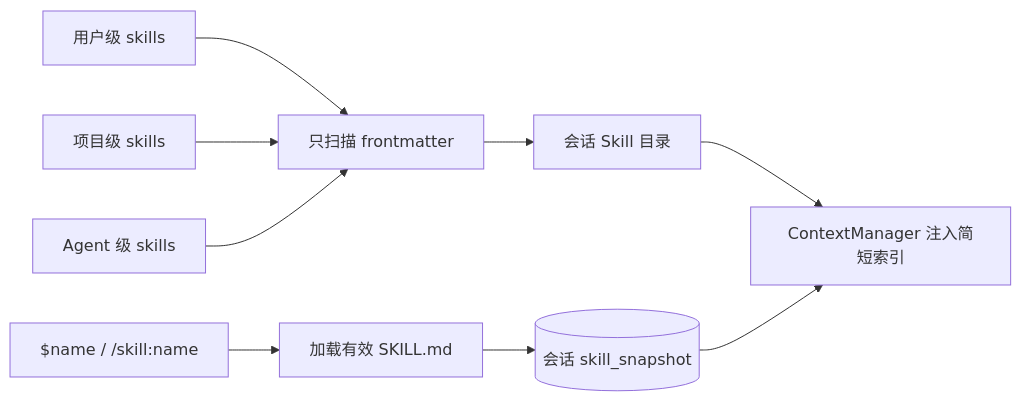
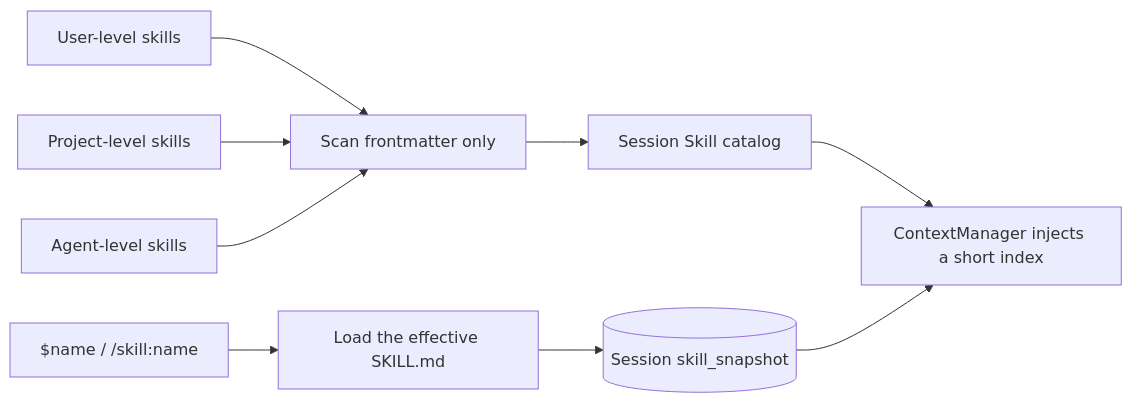
One commit to Azzurroooo/rind changed the diagram in docs/internals/02-context/skills.md. Above: the diagram before and after it, drawn with Mermaid. The commit also changed other lines of this file and 109 other files, not shown here.

```diff
--- a/docs/internals/02-context/skills.md
+++ b/docs/internals/02-context/skills.md
@@ -5,11 +7,11 @@
 ~~~mermaid
 flowchart LR
-    U["用户级 skills"] --> SCAN["只扫描 frontmatter"]
-    P["项目级 skills"] --> SCAN
-    A["Agent 级 skills"] --> SCAN
-    SCAN --> INDEX["会话 Skill 目录"]
-    INDEX --> CM["ContextManager 注入简短索引"]
-    CALL["$name / /skill:name"] --> LOAD["加载有效 SKILL.md"]
-    LOAD --> SNAP[("会话 skill_snapshot")]
+    U["User-level skills"] --> SCAN["Scan frontmatter only"]
+    P["Project-level skills"] --> SCAN
+    A["Agent-level skills"] --> SCAN
+    SCAN --> INDEX["Session Skill catalog"]
+    INDEX --> CM["ContextManager injects a short index"]
+    CALL["$name / /skill:name"] --> LOAD["Load the effective SKILL.md"]
+    LOAD --> SNAP[("Session skill_snapshot")]
     SNAP --> CM
 ~~~
```
